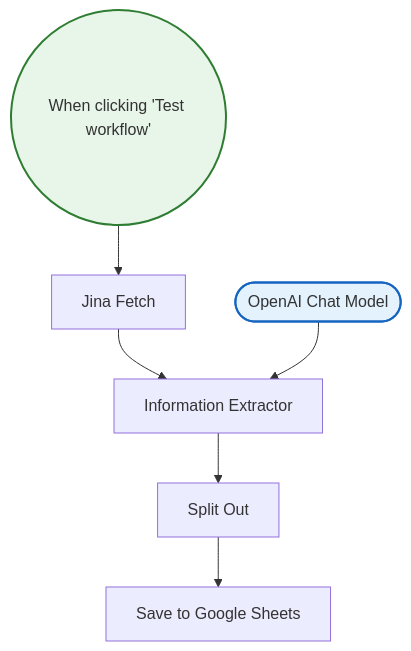
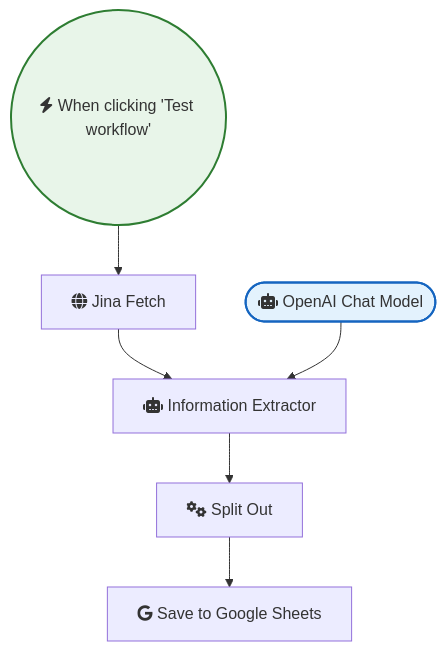
Before and after one commit to sreyash3105/N8N-DEMO-AUTOMATIONS: the diagram in OpenAI_and_LLMs/Ai Powered Web Scraping with Jina Google Sheets and Openai the Easy Way.md, drawn with Mermaid. The commit also changed 291 other files, not shown here.

````diff
--- a/OpenAI_and_LLMs/Ai Powered Web Scraping with Jina Google Sheets and Openai the Easy Way.md
+++ b/OpenAI_and_LLMs/Ai Powered Web Scraping with Jina Google Sheets and Openai the Easy Way.md
@@ -1,19 +1,19 @@
 ```mermaid
 graph TD
     classDef trigger fill:#e8f5e9,stroke:#2e7d32,stroke-width:2px;
     classDef ai fill:#e3f2fd,stroke:#1565c0,stroke-width:2px;
     classDef logic fill:#fff3e0,stroke:#ef6c00,stroke-width:2px;
 
-    When_clicking__Test_workflow_(("When clicking 'Test workflow'")):::trigger
-    Split_Out["Split Out"]
-    Save_to_Google_Sheets["Save to Google Sheets"]
-    OpenAI_Chat_Model(["OpenAI Chat Model"]):::ai
-    Information_Extractor["Information Extractor"]
-    Jina_Fetch["Jina Fetch"]
+    When_clicking__Test_workflow_(("fas:fa-bolt When clicking 'Test workflow'")):::trigger
+    Split_Out["fas:fa-cogs Split Out"]
+    Save_to_Google_Sheets["fab:fa-google Save to Google Sheets"]
+    OpenAI_Chat_Model(["fas:fa-robot OpenAI Chat Model"]):::ai
+    Information_Extractor["fas:fa-robot Information Extractor"]
+    Jina_Fetch["fas:fa-globe Jina Fetch"]
 
     Split_Out --> Save_to_Google_Sheets
     Jina_Fetch --> Information_Extractor
     OpenAI_Chat_Model --> Information_Extractor
     Information_Extractor --> Split_Out
     When_clicking__Test_workflow_ --> Jina_Fetch
 ```
````
